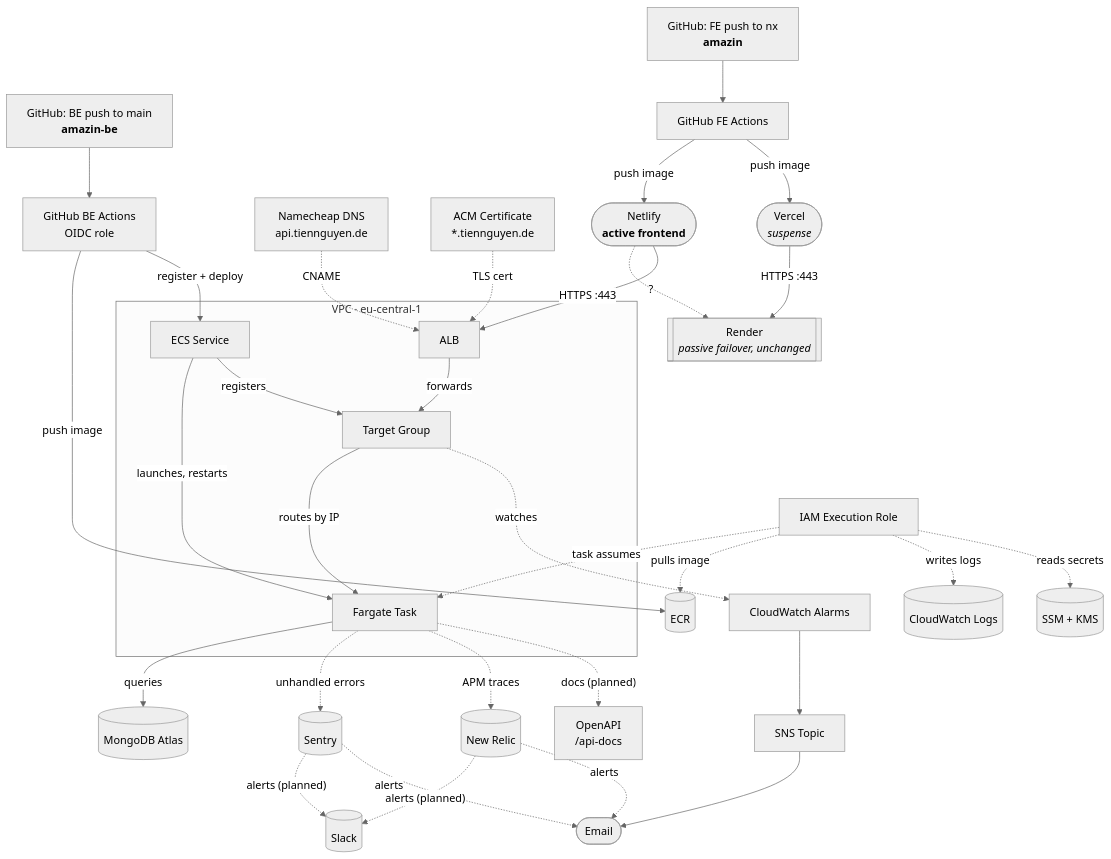
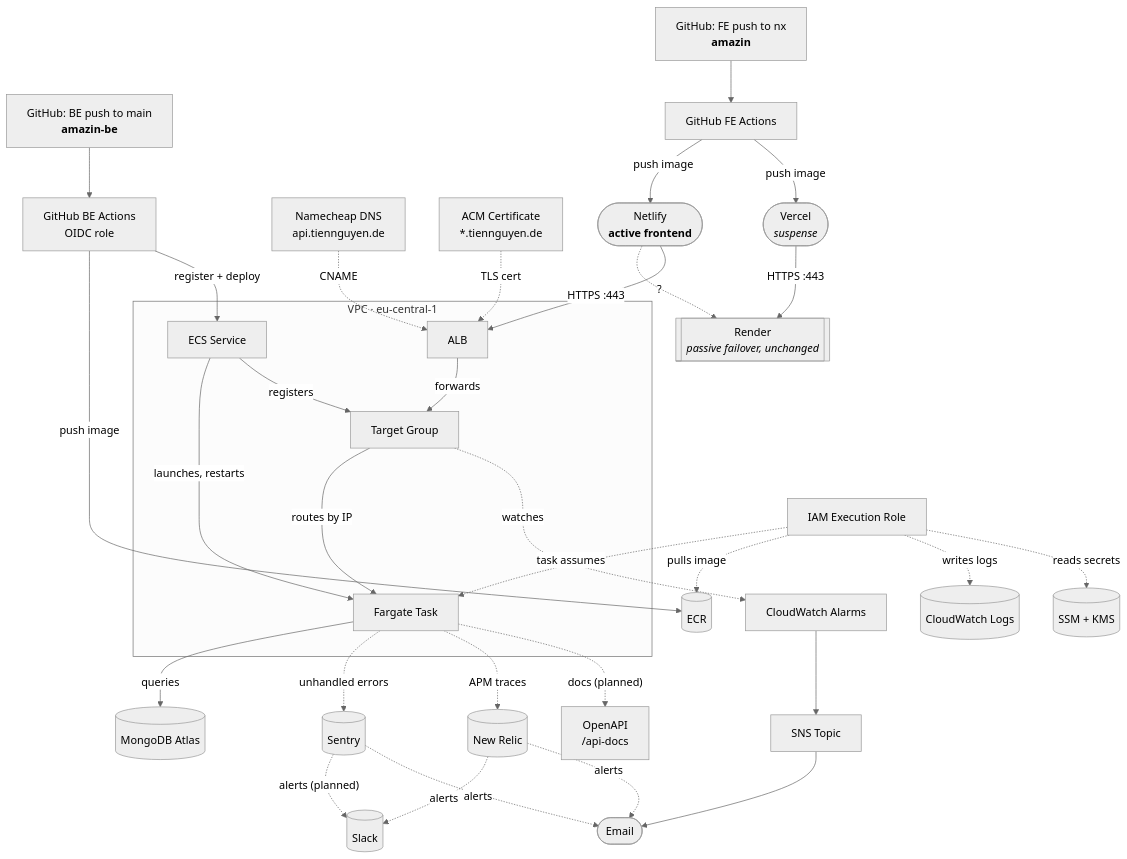
One commit to ntrix/amazin-be changed the second of 2 diagrams in README.md. Above: the diagram before and after it, drawn with Mermaid (neutral theme). The commit also changed other lines of this file, not shown here.

Commit message:
docs(readme): new relic slack alerts confirmed live, add runbook note

````diff
--- a/README.md
+++ b/README.md
@@ -116,45 +116,45 @@
 ```mermaid
 flowchart TB
   GitHubBE["GitHub: BE push to main<br/><b>amazin-be</b>"] --> ActionsBE["GitHub BE Actions<br/>OIDC role"]
   ActionsBE -->|"push image"| ECR2[("ECR")]
   ActionsBE -->|"register + deploy"| Service2
 
   DNS["Namecheap DNS<br/>api.tiennguyen.de"] -. CNAME .-> ALB2
   ACM["ACM Certificate<br/>*.tiennguyen.de"] -. "TLS cert" .-> ALB2
 
   GitHubFE["GitHub: FE push to nx<br/><b>amazin</b>"] --> ActionsFE["GitHub FE Actions"]
   ActionsFE -->|"push image"| Netlify2(["Netlify<br/><b>active frontend</b>"]) .->|"?"| Render2
   Netlify2 -->|"HTTPS :443"| ALB2["ALB"]
   ActionsFE -->|"push image"| Vercel2(["Vercel<br/><i>suspense</i>"]) -->|"HTTPS :443"| Render2
   ALB2 -->|forwards| TG2["Target Group"]
   TG2 -->|"routes by IP"| Task2["Fargate Task"]
   Task2 -->|queries| Mongo2[("MongoDB Atlas")]
   Service2["ECS Service"] -->|"launches, restarts"| Task2
   Service2 -->|registers| TG2
 
   ~~~Role2["IAM Execution Role"] -. "task assumes" .-> Task2
   Role2 -. "pulls image" .-> ECR2
   Role2 -. "writes logs" .-> Logs2[("CloudWatch Logs")]
   Role2 -. "reads secrets" .-> SSM2[("SSM + KMS")]
 
   TG2 -. watches .-> Alarms["CloudWatch Alarms"]
   Alarms --> SNS["SNS Topic"]
   SNS --> Email([Email])
 
   Task2 -. "unhandled errors" .-> Sentry[("Sentry")]
   Task2 -. "APM traces" .-> NewRelic[("New Relic")]
   Task2 -. "docs (planned)" .-> OpenAPI["OpenAPI<br>/api-docs"]
   Sentry -. "alerts (planned)" .-> Slack[("Slack")]
   Sentry -. alerts .-> Email
-  NewRelic -. "alerts (planned)" .-> Slack
+  NewRelic -. alerts .-> Slack
   NewRelic -. alerts .-> Email
 
   Render2[["Render<br/><i>passive failover, unchanged</i>"]]
 
   subgraph VPC2["VPC · eu-central-1"]
     ALB2
     TG2
     Task2
     Service2
   end
 ```
````
